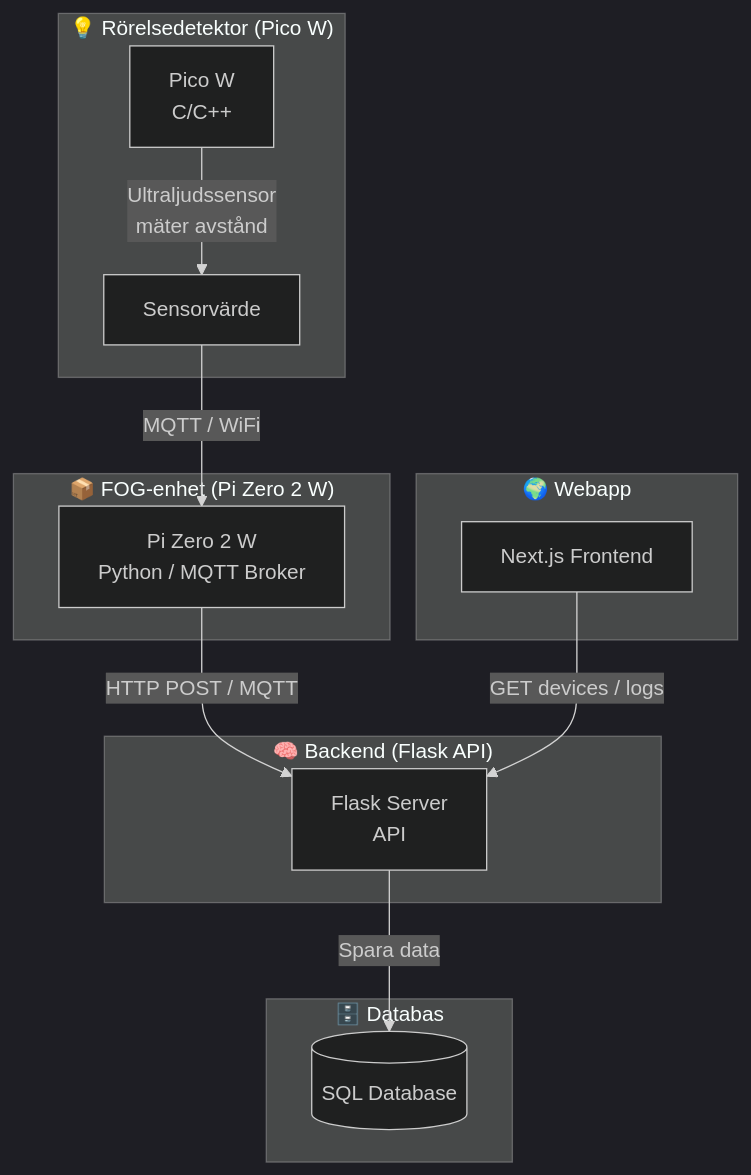
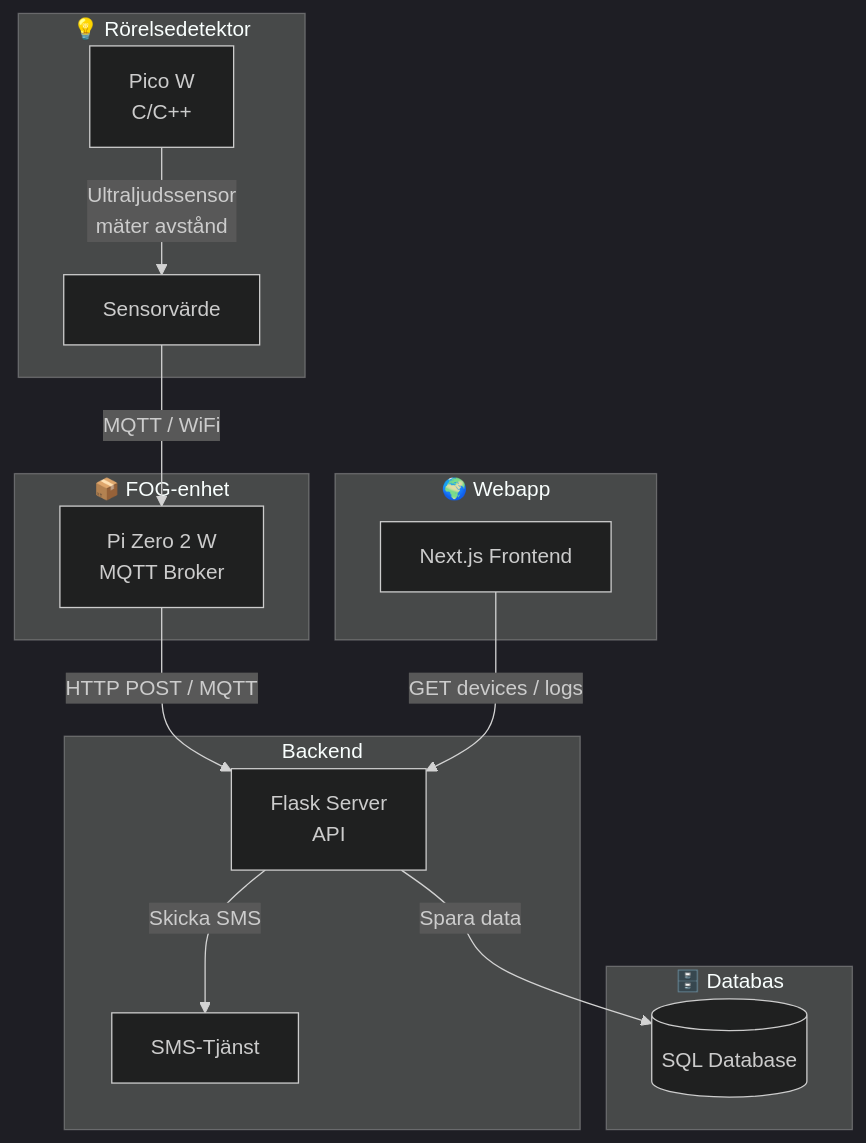
The diagram in README.md (PhilipSamuelsson/hemlarm), drawn with Mermaid (dark theme) before and after one commit.

````diff
--- a/README.md
+++ b/README.md
@@ -3,27 +3,27 @@
 ```mermaid
 graph TD
-    subgraph "💡 Rörelsedetektor (Pico W)"
+    subgraph "💡 Rörelsedetektor"
         A[Pico W<br/>C/C++]
         A -->|Ultraljudssensor<br/>mäter avstånd| B[Sensorvärde]
     end
 
-    subgraph "📦 FOG-enhet (Pi Zero 2 W)"
-        C[Pi Zero 2 W<br/>Python / MQTT Broker]
+    subgraph "📦 FOG-enhet "
+        C[Pi Zero 2 W <Br/> MQTT Broker]
         B -->|MQTT / WiFi| C
     end
-
-    subgraph "🧠 Backend (Flask API)"
-        D[Flask Server<br/>API]
+    subgraph " Backend "
+        D[Flask Server<Br/>API]
         C -->|HTTP POST / MQTT| D
+        D -->|Skicka SMS| G[SMS-Tjänst]
     end
 
     subgraph "🗄️ Databas"
         E[(SQL Database)]
         D -->|Spara data| E
     end
 
     subgraph "🌍 Webapp"
         F[Next.js Frontend]
         F -->|GET devices / logs| D
     end
 ```
````
